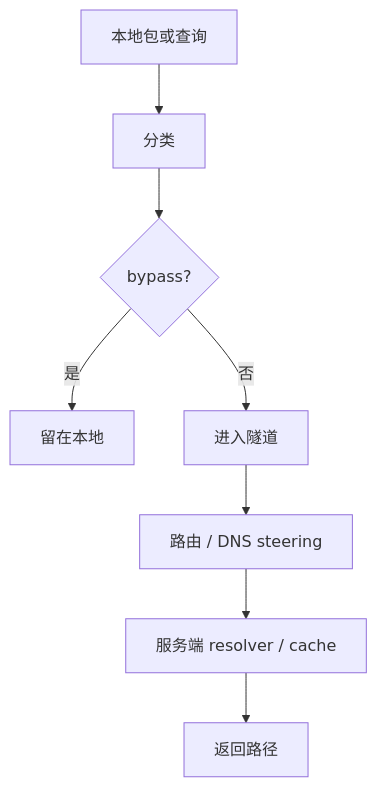
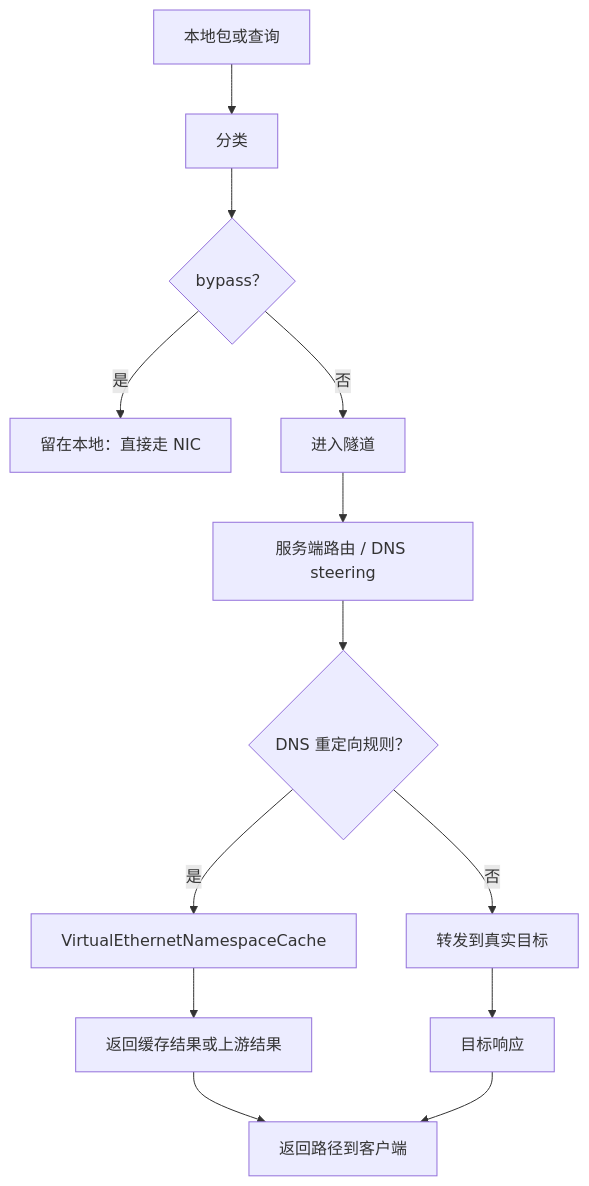
Before and after one commit to HyacinthHaru/openppp2: the fifth of 7 diagrams in docs/ROUTING_AND_DNS_CN.md, drawn with Mermaid. The commit also changed other lines of this file and 93 other files, not shown here.

````diff
--- a/docs/ROUTING_AND_DNS_CN.md
+++ b/docs/ROUTING_AND_DNS_CN.md
@@ -79,10 +276,15 @@
 ```mermaid
 flowchart TD
     A[本地包或查询] --> B[分类]
-    B --> C{bypass?}
-    C -->|是| D[留在本地]
+    B --> C{bypass？}
+    C -->|是| D[留在本地：直接走 NIC]
     C -->|否| E[进入隧道]
-    E --> F[路由 / DNS steering]
-    F --> G[服务端 resolver / cache]
-    G --> H[返回路径]
+    E --> F[服务端路由 / DNS steering]
+    F --> G{DNS 重定向规则？}
+    G -->|是| H[VirtualEthernetNamespaceCache]
+    G -->|否| I[转发到真实目标]
+    H --> J[返回缓存结果或上游结果]
+    I --> K[目标响应]
+    J --> L[返回路径到客户端]
+    K --> L
 ```
````
